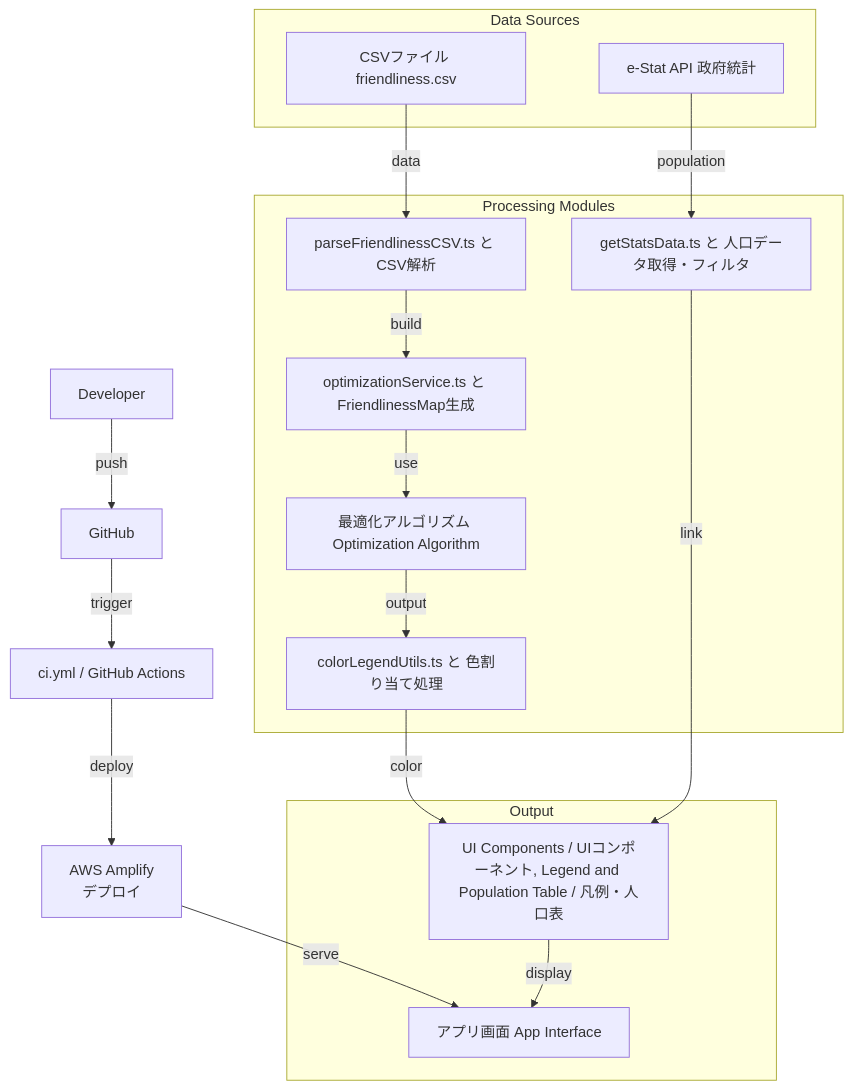
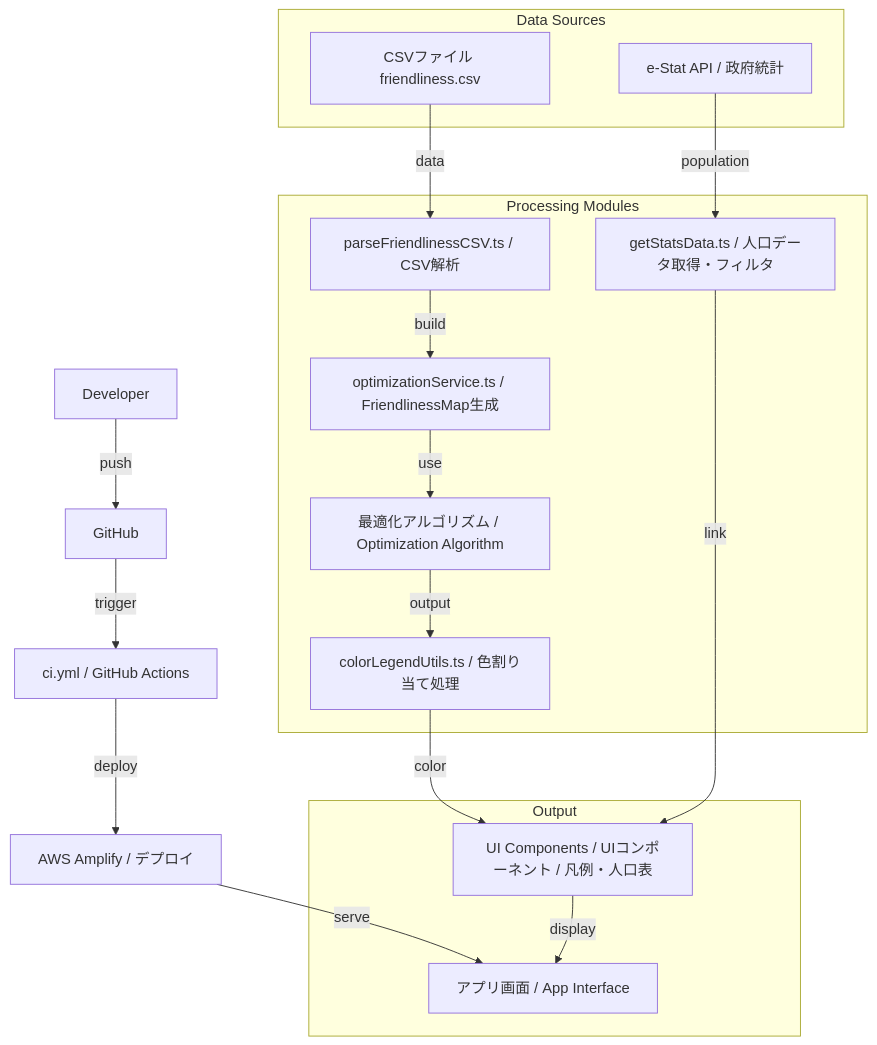
Before and after one commit to alinumbercrunch/tokyo-friendliness-app: the diagram in README.md, drawn with Mermaid.

Commit message:
Update README for clarity and formatting

````diff
--- a/README.md
+++ b/README.md
@@ -87,38 +87,37 @@
 ```mermaid
 graph TD
 
   Dev[Developer] -->|push| GH[GitHub]
   GH -->|trigger| CI[ci.yml / GitHub Actions]
-  CI -->|deploy| Amplify[AWS Amplify<br>デプロイ]
-  Amplify -->|serve| UI[アプリ画面 App Interface]
+  CI -->|deploy| Amplify[AWS Amplify / デプロイ]
+  Amplify -->|serve| UI[アプリ画面 / App Interface]
 
-  A[CSVファイル friendliness.csv] -->|data| B[parseFriendlinessCSV.ts と CSV解析]
-  B -->|build| C[optimizationService.ts と FriendlinessMap生成]
-  C -->|use| D[最適化アルゴリズム Optimization Algorithm]
-  D -->|output| E[colorLegendUtils.ts と 色割り当て処理]
-  E -->|color| F[UI Components / UIコンポーネント, Legend and Population Table / 凡例・人口表]
+  A[CSVファイル friendliness.csv] -->|data| B[parseFriendlinessCSV.ts / CSV解析]
+  B -->|build| C[optimizationService.ts / FriendlinessMap生成]
+  C -->|use| D[最適化アルゴリズム / Optimization Algorithm]
+  D -->|output| E[colorLegendUtils.ts / 色割り当て処理]
+  E -->|color| F[UI Components / UIコンポーネント / 凡例・人口表]
 
-  G[e-Stat API 政府統計] -->|population| H[getStatsData.ts と 人口データ取得・フィルタ]
+  G[e-Stat API / 政府統計] -->|population| H[getStatsData.ts / 人口データ取得・フィルタ]
   H -->|link| F
 
   F -->|display| UI
 
   subgraph DataSources[Data Sources]
     A
     G
   end
 
   subgraph ProcessingModules[Processing Modules]
     B
     C
     D
     E
     H
   end
 
-
   subgraph OutputSection[Output]
     F
     UI
   end
 ```
````
